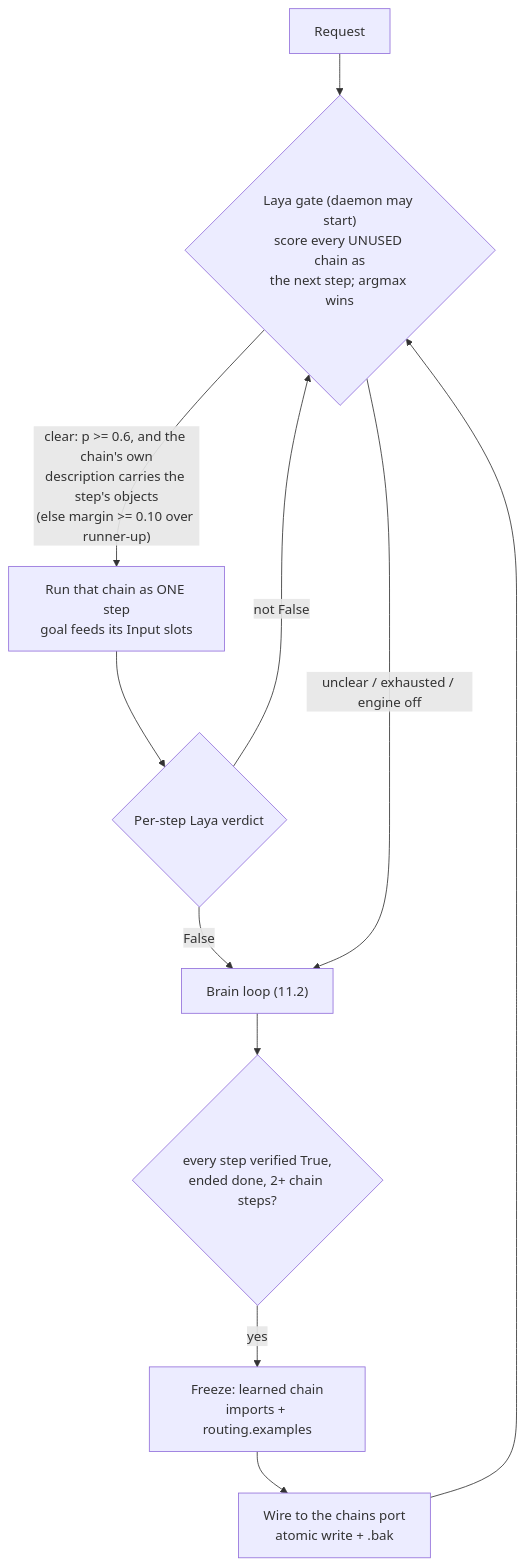
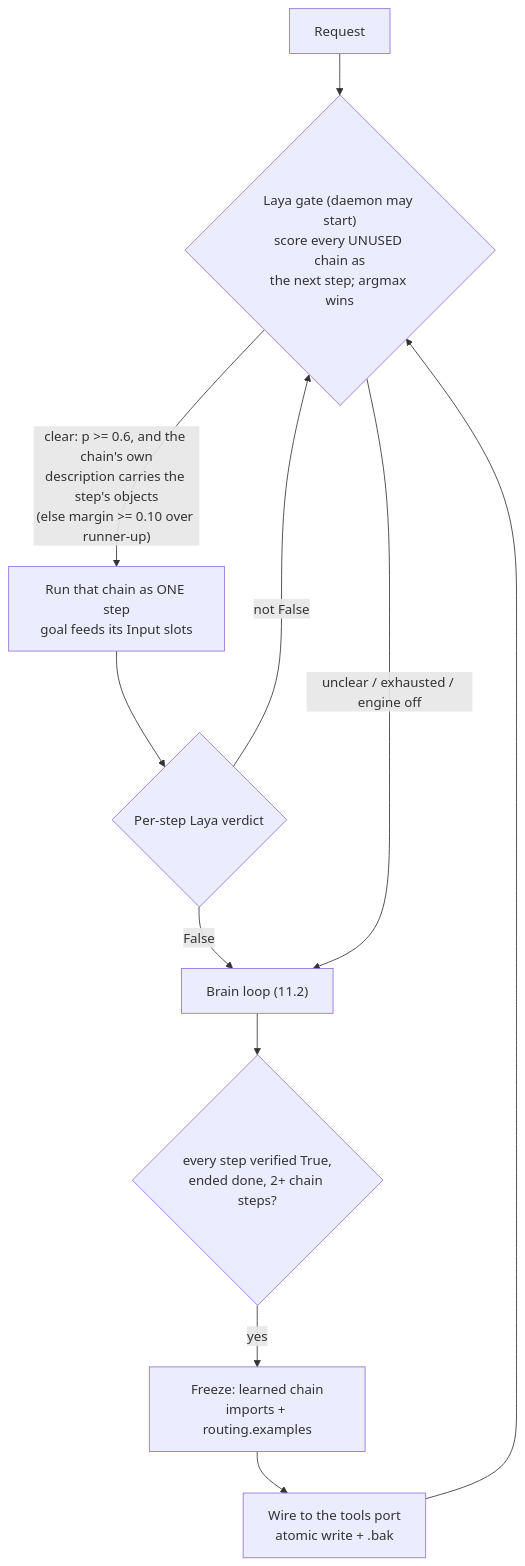
One commit to RodrigoBenitez343/Arrow changed diagram 13 of 21 in LoOper/README.MD. Above: the diagram before and after it, drawn with Mermaid. The commit also changed other lines of this file and 299 other files, not shown here.

Commit message:
node wires patches + web sequences dedup fix

````diff
--- a/LoOper/README.MD
+++ b/LoOper/README.MD
@@ -644,13 +694,13 @@
 ```mermaid
 flowchart TB
     Q["Request"] --> Gate{"Laya gate (daemon may start)<br/>score every UNUSED chain as<br/>the next step; argmax wins"}
     Gate -- "clear: p >= 0.6, and the chain's own<br/>description carries the step's objects<br/>(else margin >= 0.10 over runner-up)" --> Frozen["Run that chain as ONE step<br/>goal feeds its Input slots"]
     Frozen --> V{"Per-step Laya verdict"}
     V -- "not False" --> Gate
     V -- False --> Loop
     Gate -- "unclear / exhausted / engine off" --> Loop["Brain loop (11.2)"]
     Loop --> Done{"every step verified True,<br/>ended done, 2+ chain steps?"}
     Done -- yes --> Freeze["Freeze: learned chain<br/>imports + routing.examples"]
-    Freeze --> Wire["Wire to the chains port<br/>atomic write + .bak"]
+    Freeze --> Wire["Wire to the tools port<br/>atomic write + .bak"]
     Wire --> Gate
 ```
````
